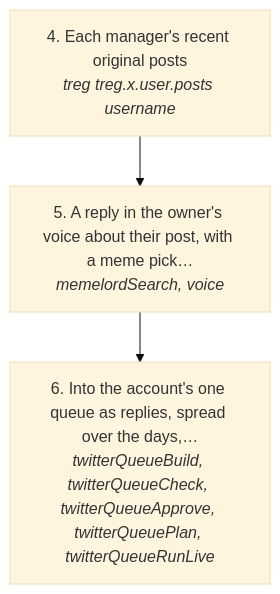
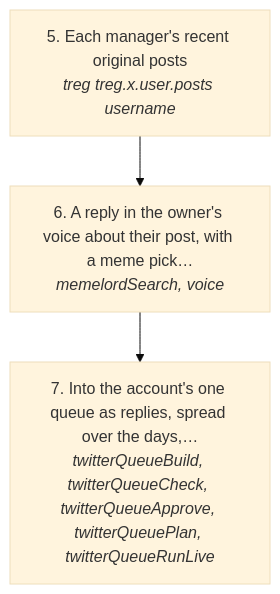
One commit to matthewdonsemail-lab/log changed the second of 3 diagrams in docs/useCases/twitter/managerMaxxing.md. Above: the diagram before and after it, drawn with Mermaid (base theme). The commit also changed other lines of this file and 2 other files, not shown here.

Commit message:
docs: managerMaxxing finds the managers through the agencies, their rosters and their following lists

````diff
--- a/docs/useCases/twitter/managerMaxxing.md
+++ b/docs/useCases/twitter/managerMaxxing.md
@@ -37,8 +42,8 @@
 ```mermaid
 flowchart TD
-  s0["4. Each manager's recent original posts<br/><i>treg treg.x.user.posts username</i>"]
-  s1["5. A reply in the owner's voice about their post, with a meme pick…<br/><i>memelordSearch, voice</i>"]
-  s2["6. Into the account's one queue as replies, spread over the days,…<br/><i>twitterQueueBuild, twitterQueueCheck, twitterQueueApprove, twitterQueuePlan, twitterQueueRunLive</i>"]
+  s0["5. Each manager's recent original posts<br/><i>treg treg.x.user.posts username</i>"]
+  s1["6. A reply in the owner's voice about their post, with a meme pick…<br/><i>memelordSearch, voice</i>"]
+  s2["7. Into the account's one queue as replies, spread over the days,…<br/><i>twitterQueueBuild, twitterQueueCheck, twitterQueueApprove, twitterQueuePlan, twitterQueueRunLive</i>"]
   s0 --> s1
   s1 --> s2
 ```
````
